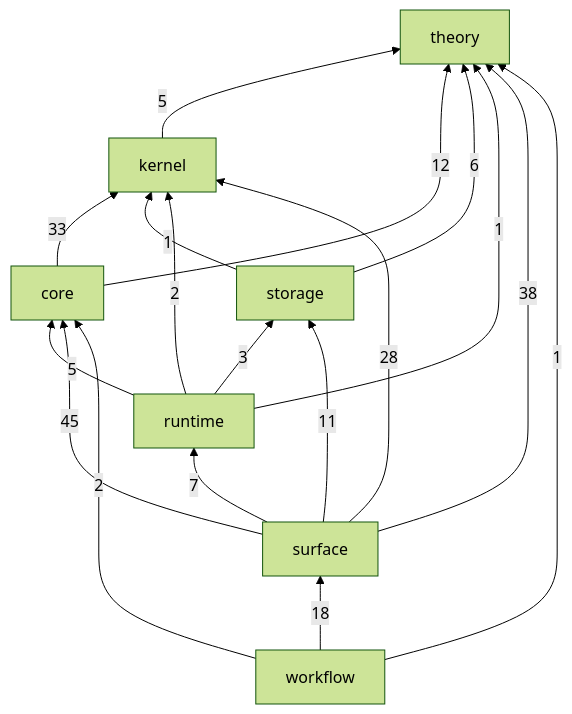
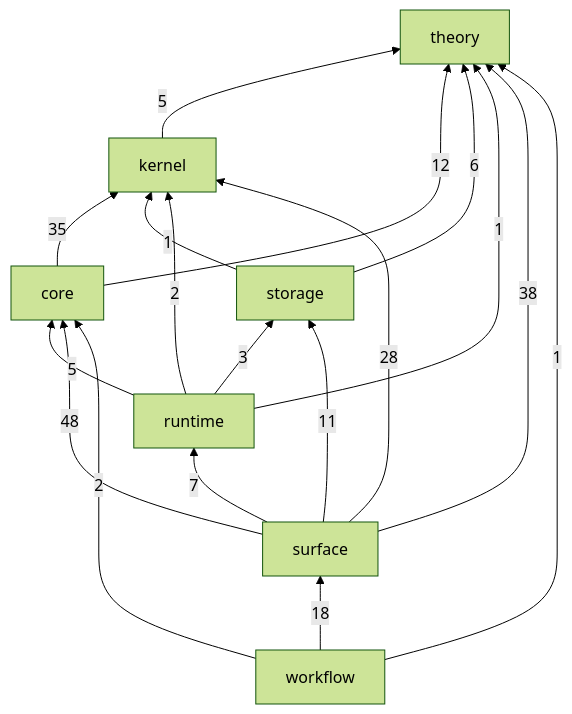
The first of 2 diagrams in crates/README.md (gandr-lang/gandr), drawn with Mermaid (forest theme) before and after one commit. The commit also changed other lines of this file and 8 other files, not shown here.

````diff
--- a/crates/README.md
+++ b/crates/README.md
@@ -27,27 +27,27 @@
 ```mermaid
 flowchart BT
   theory
   kernel
   core
   storage
   runtime
   surface
   workflow
   kernel -->|5| theory
   core -->|12| theory
-  core -->|33| kernel
+  core -->|35| kernel
   storage -->|6| theory
   storage -->|1| kernel
   runtime -->|1| theory
   runtime -->|2| kernel
   runtime -->|5| core
   runtime -->|3| storage
   surface -->|38| theory
   surface -->|28| kernel
-  surface -->|45| core
+  surface -->|48| core
   surface -->|11| storage
   surface -->|7| runtime
   workflow -->|1| theory
   workflow -->|2| core
   workflow -->|18| surface
 ```
````
